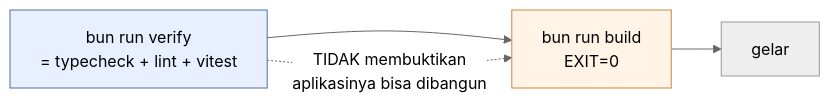
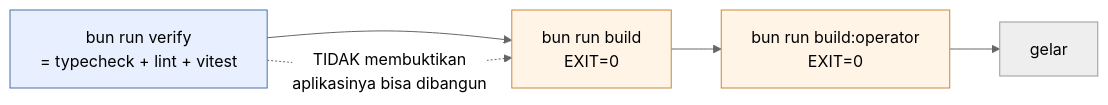
The third of 5 diagrams in docs/arsitektur/07-INFRASTRUKTUR-DEPLOY.md (tri-evendi/sai-accounting), drawn with Mermaid (neutral theme) before and after one commit. The commit also changed other lines of this file and 43 other files, not shown here.

````diff
--- a/docs/arsitektur/07-INFRASTRUKTUR-DEPLOY.md
+++ b/docs/arsitektur/07-INFRASTRUKTUR-DEPLOY.md
@@ -196,9 +197,11 @@
 ```mermaid
 flowchart LR
     A["bun run verify<br/>= typecheck + lint + vitest"] --> B["bun run build<br/>EXIT=0"]
+    B --> O["bun run build:operator<br/>EXIT=0"]
     A -.->|"TIDAK membuktikan<br/>aplikasinya bisa dibangun"| B
-    B --> C["gelar"]
+    O --> C["gelar"]
 
     style A fill:#e8f0ff,stroke:#4a6fa5
     style B fill:#fff4e6,stroke:#c9873d
+    style O fill:#fff4e6,stroke:#c9873d
 ```
````
